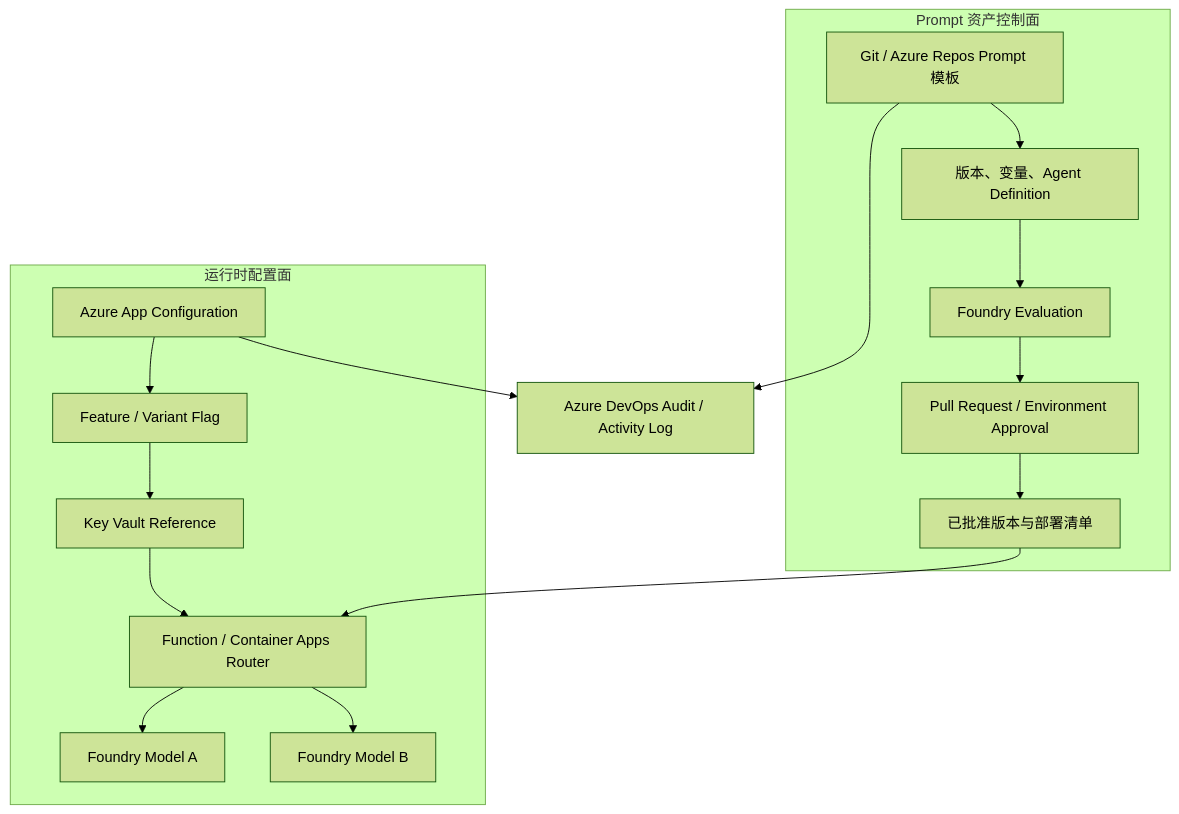
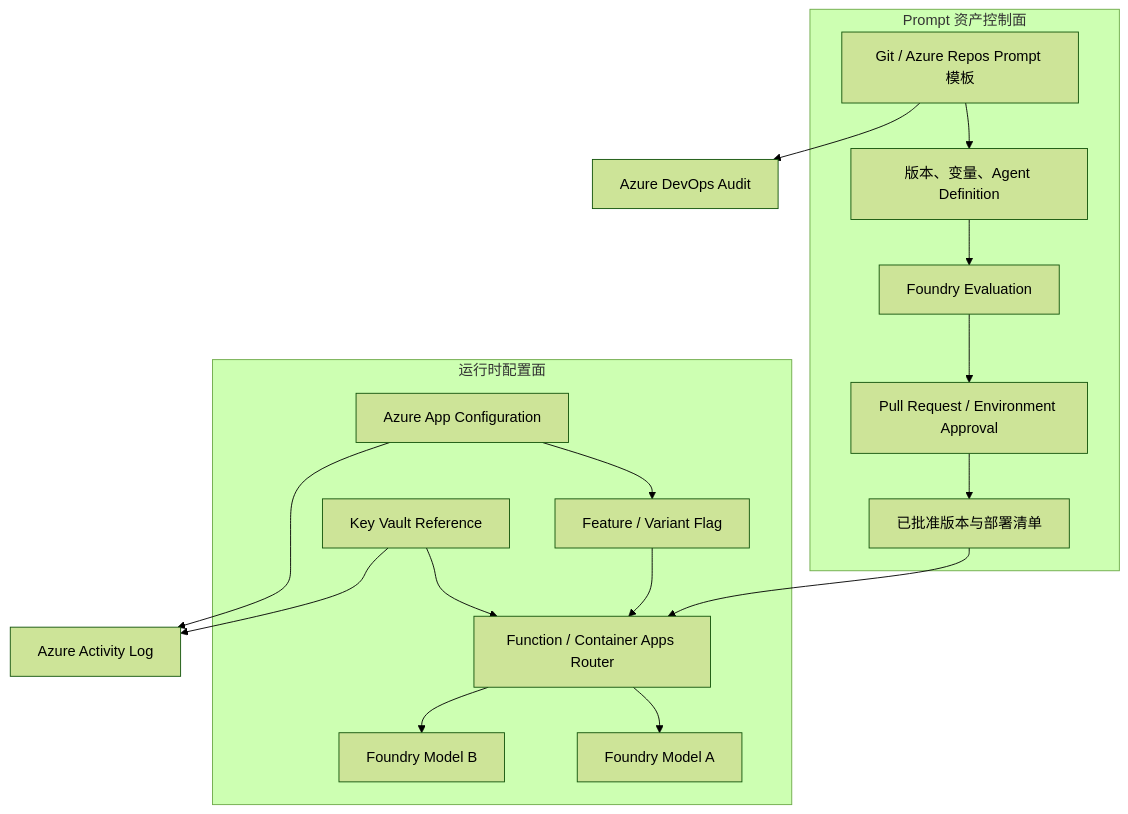
The diagram in architecture-az/05_Prompt_与运行时配置生命周期.md (miku-wwl/certforge), drawn with Mermaid (forest theme) before and after one commit. The commit also changed other lines of this file and 29 other files, not shown here.

Commit message:
docs: refine Azure architecture diagrams

````diff
--- a/architecture-az/05_Prompt_与运行时配置生命周期.md
+++ b/architecture-az/05_Prompt_与运行时配置生命周期.md
@@ -13,21 +13,22 @@
 ```mermaid
 flowchart TD
     subgraph PromptPlane[Prompt 资产控制面]
         G[Git / Azure Repos Prompt 模板] --> V[版本、变量、Agent Definition]
         V --> E[Foundry Evaluation]
         E --> A[Pull Request / Environment Approval]
         A --> R[已批准版本与部署清单]
     end
 
     subgraph RuntimePlane[运行时配置面]
         C[Azure App Configuration] --> F[Feature / Variant Flag]
-        F --> K[Key Vault Reference]
-        K --> L[Function / Container Apps Router]
+        F --> L[Function / Container Apps Router]
+        K[Key Vault Reference] --> L
         L --> M1[Foundry Model A]
         L --> M2[Foundry Model B]
     end
 
     R --> L
-    G --> ACT[Azure DevOps Audit / Activity Log]
-    C --> ACT
+    G --> AD[Azure DevOps Audit]
+    C --> AL[Azure Activity Log]
+    K --> AL
 ```
````
